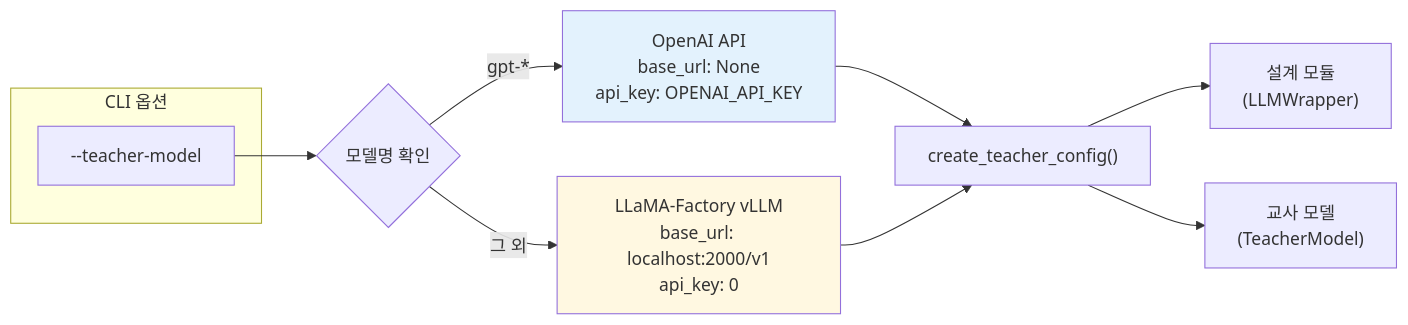
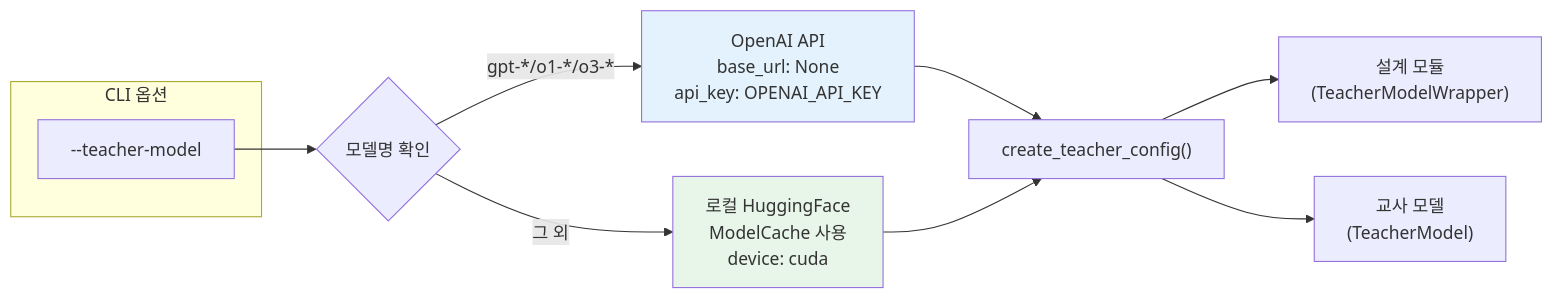
The second of 2 diagrams in ARCHITECTURE.md (SaFD-00/ID-MAS), drawn with Mermaid before and after one commit. The commit also changed other lines of this file and 21 other files, not shown here.

First line of the commit message:
refactor: LLaMA-Factory API에서 로컬 HuggingFace 모델 직접 로드로 전환

````diff
--- a/ARCHITECTURE.md
+++ b/ARCHITECTURE.md
@@ -292,19 +324,19 @@
 ```mermaid
 flowchart LR
     subgraph CLI["CLI 옵션"]
         TM["--teacher-model"]
     end
 
     TM --> CHECK{모델명 확인}
-    CHECK -->|"gpt-*"| OPENAI["OpenAI API<br/>base_url: None<br/>api_key: OPENAI_API_KEY"]
-    CHECK -->|"그 외"| VLLM["LLaMA-Factory vLLM<br/>base_url: localhost:2000/v1<br/>api_key: 0"]
+    CHECK -->|"gpt-*/o1-*/o3-*"| OPENAI["OpenAI API<br/>base_url: None<br/>api_key: OPENAI_API_KEY"]
+    CHECK -->|"그 외"| LOCAL["로컬 HuggingFace<br/>ModelCache 사용<br/>device: cuda"]
 
     OPENAI --> CONFIG["create_teacher_config()"]
-    VLLM --> CONFIG
+    LOCAL --> CONFIG
 
-    CONFIG --> DESIGN["설계 모듈<br/>(LLMWrapper)"]
+    CONFIG --> DESIGN["설계 모듈<br/>(TeacherModelWrapper)"]
     CONFIG --> TEACHER["교사 모델<br/>(TeacherModel)"]
 
     style OPENAI fill:#e3f2fd
-    style VLLM fill:#fff8e1
+    style LOCAL fill:#e8f5e9
 ```
````
